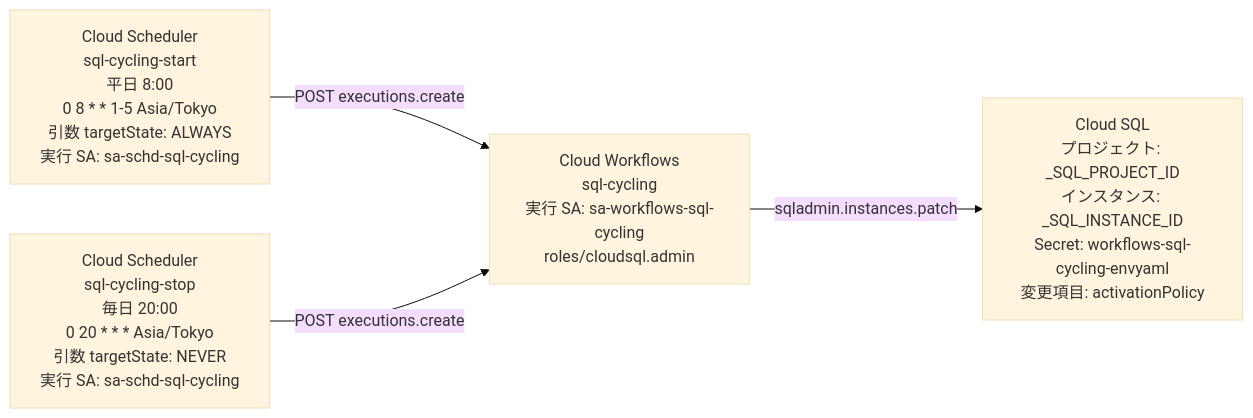
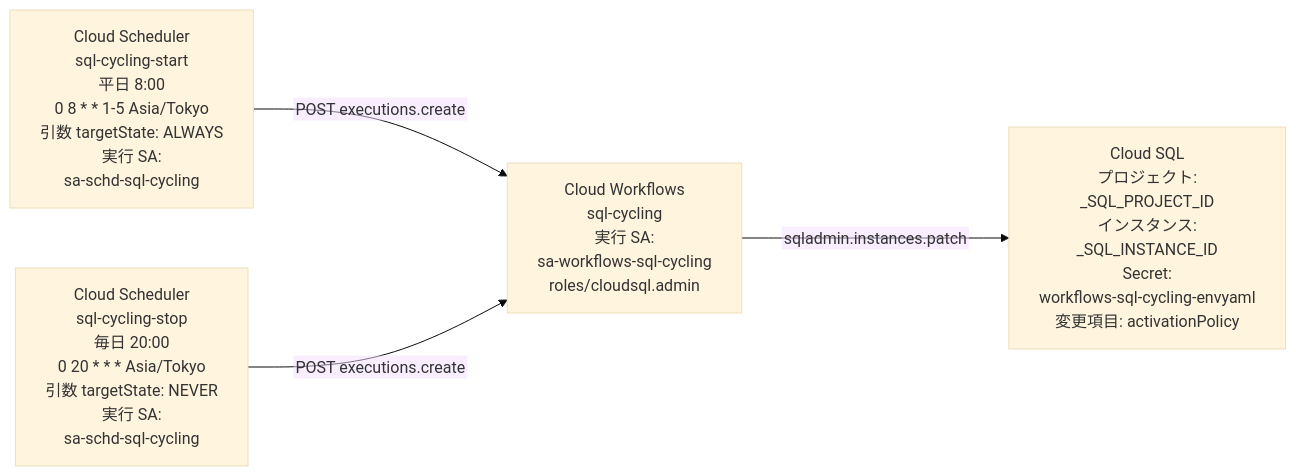
Before and after one commit to iganari/knowledge-googlecloud: the diagram in workflows/samples-sql-periodically-starting-and-stopping/README.ls.md, drawn with Mermaid (base theme). The commit also changed other lines of this file, not shown here.

Commit message:
mermaid 図のアップデート

````diff
--- a/workflows/samples-sql-periodically-starting-and-stopping/README.ls.md
+++ b/workflows/samples-sql-periodically-starting-and-stopping/README.ls.md
@@ -3,11 +3,12 @@
 ```mermaid
+%%{init: {"flowchart": {"htmlLabels": false, "wrappingWidth": 300, "nodeSpacing": 60, "rankSpacing": 80}}}%%
 flowchart LR
-  startJob["Cloud Scheduler<br/>sql-cycling-start<br/>平日 8:00<br/>0 8 * * 1-5 Asia/Tokyo<br/>引数 targetState: ALWAYS<br/>実行 SA: sa-schd-sql-cycling"]
-  stopJob["Cloud Scheduler<br/>sql-cycling-stop<br/>毎日 20:00<br/>0 20 * * * Asia/Tokyo<br/>引数 targetState: NEVER<br/>実行 SA: sa-schd-sql-cycling"]
-  workflow["Cloud Workflows<br/>sql-cycling<br/>実行 SA: sa-workflows-sql-cycling<br/>roles/cloudsql.admin"]
-  sql["Cloud SQL<br/>プロジェクト: _SQL_PROJECT_ID<br/>インスタンス: _SQL_INSTANCE_ID<br/>Secret: workflows-sql-cycling-envyaml<br/>変更項目: activationPolicy"]
+  startJob["Cloud Scheduler<br/>sql-cycling-start<br/>平日 8:00<br/>0 8 * * 1-5 Asia/Tokyo<br/>引数 targetState: ALWAYS<br/>実行 SA:<br/>sa-schd-sql-cycling"]
+  stopJob["Cloud Scheduler<br/>sql-cycling-stop<br/>毎日 20:00<br/>0 20 * * * Asia/Tokyo<br/>引数 targetState: NEVER<br/>実行 SA:<br/>sa-schd-sql-cycling"]
+  workflow["Cloud Workflows<br/>sql-cycling<br/>実行 SA:<br/>sa-workflows-sql-cycling<br/>roles/cloudsql.admin"]
+  sql["Cloud SQL<br/>プロジェクト:<br/>_SQL_PROJECT_ID<br/>インスタンス:<br/>_SQL_INSTANCE_ID<br/>Secret:<br/>workflows-sql-cycling-envyaml<br/>変更項目: activationPolicy"]
 
   startJob -->|"POST executions.create"| workflow
   stopJob -->|"POST executions.create"| workflow
   workflow -->|"sqladmin.instances.patch"| sql
 ```
````
